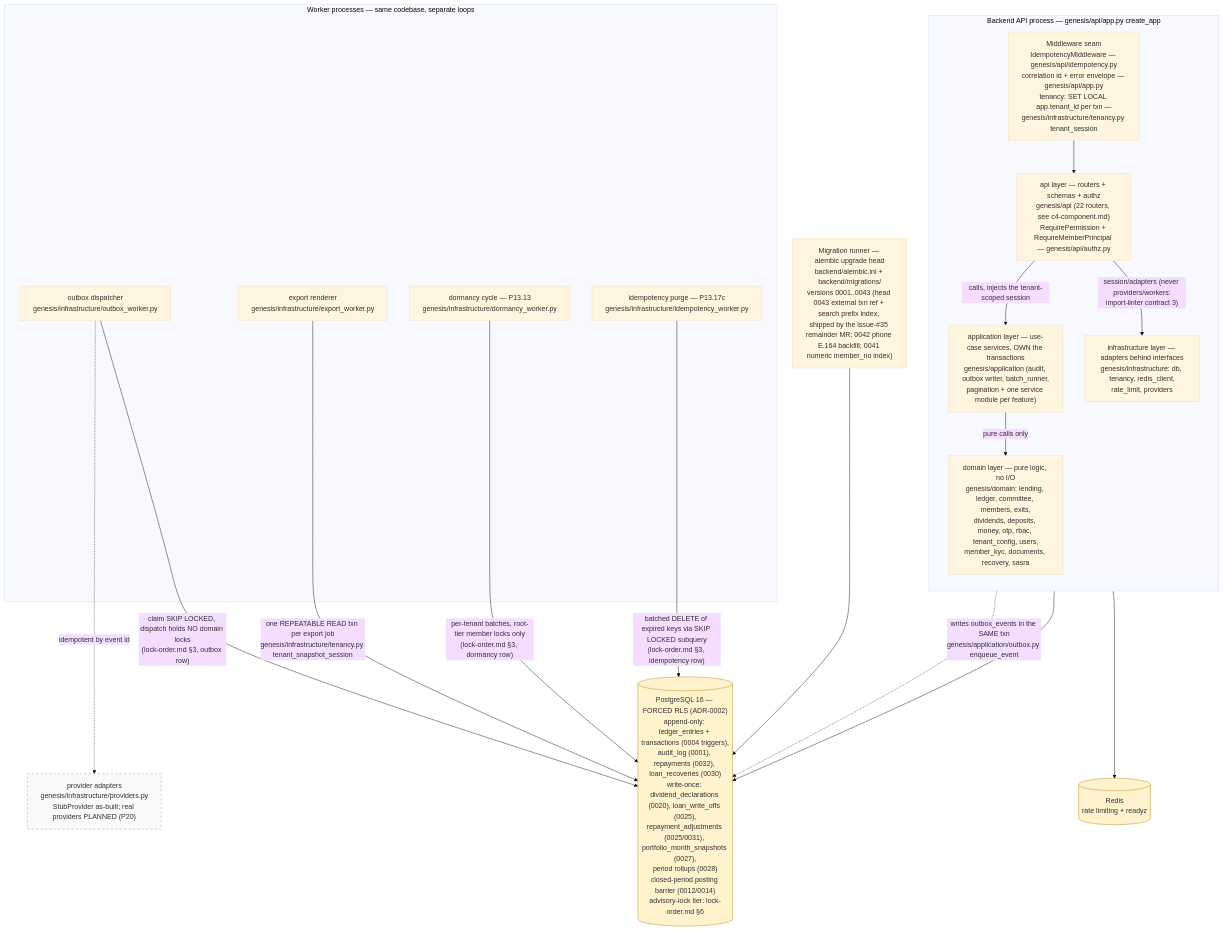
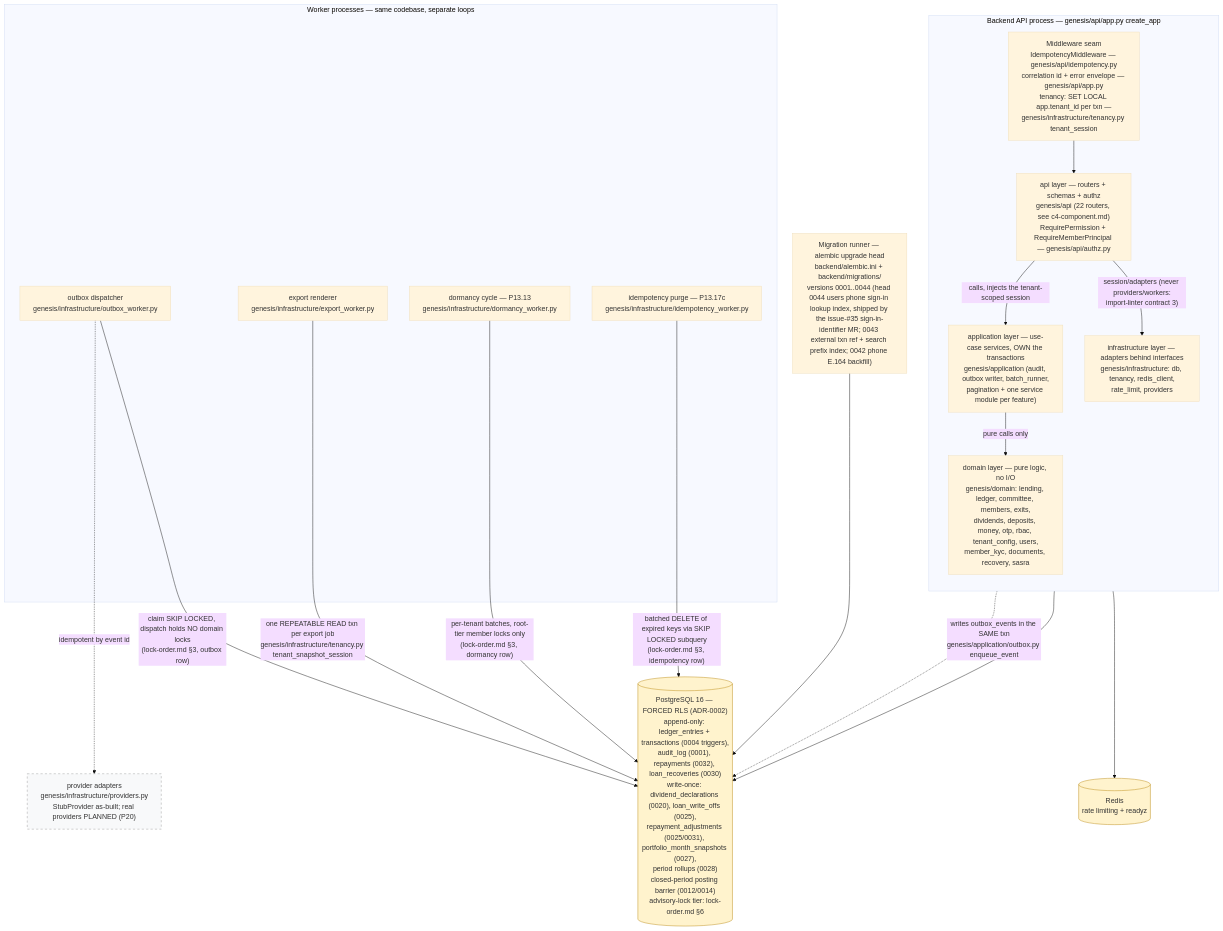
One commit to Benson-Kim/genesis-sacco changed the diagram in docs/diagrams/c4-container.md. Above: the diagram before and after it, drawn with Mermaid (base theme). The commit also changed other lines of this file and 2 other files, not shown here.

First line of the commit message:
remediate: unquote validator annotation; refresh C4 head citations to 0044

````diff
--- a/docs/diagrams/c4-container.md
+++ b/docs/diagrams/c4-container.md
@@ -66,45 +72,45 @@
 ```mermaid
 flowchart TB
     %% Authored against main @ 08541b860f1445b16c342c39b6606d86b9dbeb17
     %% L2 containers — layering per backend/pyproject.toml [tool.importlinter].
 
     subgraph BE["Backend API process — genesis/api/app.py create_app"]
         direction TB
         MW["Middleware seam<br/>IdempotencyMiddleware — genesis/api/idempotency.py<br/>correlation id + error envelope — genesis/api/app.py<br/>tenancy: SET LOCAL app.tenant_id per txn —<br/>genesis/infrastructure/tenancy.py tenant_session"]
         APIL["api layer — routers + schemas + authz<br/>genesis/api (22 routers, see c4-component.md)<br/>RequirePermission + RequireMemberPrincipal — genesis/api/authz.py"]
         APPL["application layer — use-case services, OWN the transactions<br/>genesis/application (audit, outbox writer, batch_runner,<br/>pagination + one service module per feature)"]
         DOM["domain layer — pure logic, no I/O<br/>genesis/domain: lending, ledger, committee, members, exits,<br/>dividends, deposits, money, otp, rbac, tenant_config, users,<br/>member_kyc, documents, recovery, sasra"]
         INF["infrastructure layer — adapters behind interfaces<br/>genesis/infrastructure: db, tenancy, redis_client,<br/>rate_limit, providers"]
         MW --> APIL
         APIL -->|"calls, injects the tenant-scoped session"| APPL
         APPL -->|"pure calls only"| DOM
         APIL -->|"session/adapters (never providers/workers:<br/>import-linter contract 3)"| INF
     end
 
     subgraph WK["Worker processes — same codebase, separate loops"]
         OBW["outbox dispatcher<br/>genesis/infrastructure/outbox_worker.py"]
         EXW["export renderer<br/>genesis/infrastructure/export_worker.py"]
         DMW["dormancy cycle — P13.13<br/>genesis/infrastructure/dormancy_worker.py"]
         IDW["idempotency purge — P13.17c<br/>genesis/infrastructure/idempotency_worker.py"]
     end
 
-    MIG["Migration runner — alembic upgrade head<br/>backend/alembic.ini + backend/migrations/<br/>versions 0001..0043 (head 0043 external txn ref + search prefix index, shipped by the issue-#35 remainder MR; 0042 phone E.164 backfill; 0041 numeric member_no index)"]
+    MIG["Migration runner — alembic upgrade head<br/>backend/alembic.ini + backend/migrations/<br/>versions 0001..0044 (head 0044 users phone sign-in lookup index, shipped by the issue-#35 sign-in-identifier MR; 0043 external txn ref + search prefix index; 0042 phone E.164 backfill)"]
 
     PG[("PostgreSQL 16 — FORCED RLS (ADR-0002)<br/>append-only: ledger_entries + transactions (0004 triggers),<br/>audit_log (0001), repayments (0032), loan_recoveries (0030)<br/>write-once: dividend_declarations (0020), loan_write_offs (0025),<br/>repayment_adjustments (0025/0031), portfolio_month_snapshots (0027),<br/>period rollups (0028)<br/>closed-period posting barrier (0012/0014)<br/>advisory-lock tier: lock-order.md §6")]
     RD[("Redis<br/>rate limiting + readyz")]
 
     APPL -.->|"writes outbox_events in the SAME txn<br/>genesis/application/outbox.py enqueue_event"| PG
     INF --> PG
     INF --> RD
     OBW -->|"claim SKIP LOCKED, dispatch holds NO domain locks<br/>(lock-order.md §3, outbox row)"| PG
     EXW -->|"one REPEATABLE READ txn per export job<br/>genesis/infrastructure/tenancy.py tenant_snapshot_session"| PG
     DMW -->|"per-tenant batches, root-tier member locks only<br/>(lock-order.md §3, dormancy row)"| PG
     IDW -->|"batched DELETE of expired keys via SKIP LOCKED subquery<br/>(lock-order.md §3, idempotency row)"| PG
     OBW -.->|"idempotent by event id"| PROV["provider adapters<br/>genesis/infrastructure/providers.py<br/>StubProvider as-built; real providers PLANNED (P20)"]
     MIG --> PG
 
     classDef store fill:#fff3cd,stroke:#b8860b;
     class PG,RD store;
     classDef planned fill:#f8f9fa,stroke:#999,stroke-dasharray: 5 5;
     class PROV planned;
 ```
````
